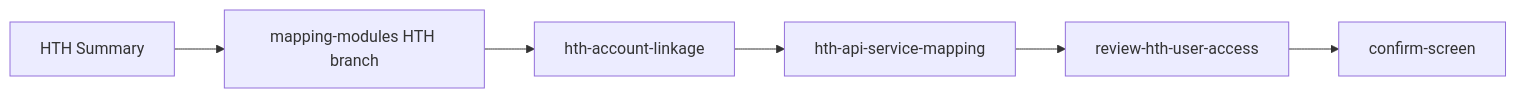
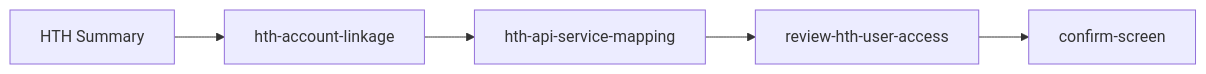
Before and after one commit to BEA-WilliamWu/mcdp-h5-demo-int: the second of 3 diagrams in story/User Accounts & Services Access/BCOH2H-595-TECHNICAL-DESIGN.md, drawn with Mermaid. The commit also changed other lines of this file and 38 other files, not shown here.

````diff
--- a/story/User Accounts & Services Access/BCOH2H-595-TECHNICAL-DESIGN.md
+++ b/story/User Accounts & Services Access/BCOH2H-595-TECHNICAL-DESIGN.md
@@ -82,8 +82,7 @@
 ```mermaid
 flowchart LR
-    A["HTH Summary"] --> B["mapping-modules HTH branch"]
-    B --> C["hth-account-linkage"]
+    A["HTH Summary"] --> C["hth-account-linkage"]
     C --> D["hth-api-service-mapping"]
     D --> E["review-hth-user-access"]
     E --> F["confirm-screen"]
 ```
````
